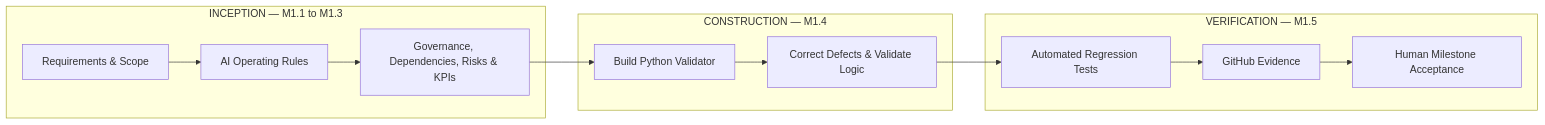
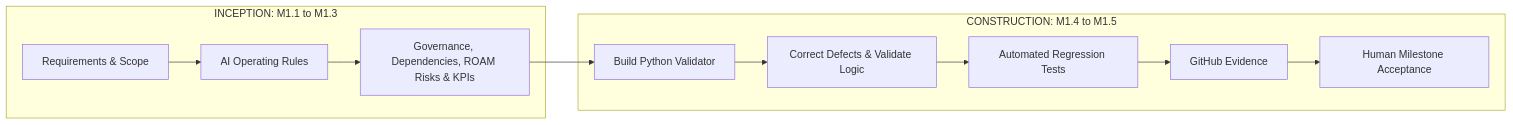
Before and after one commit to mdevi25/customerconnect-api: the third of 3 diagrams in README.md, drawn with Mermaid. The commit also changed other lines of this file, not shown here.

````diff
--- a/README.md
+++ b/README.md
@@ -113,25 +127,20 @@
 ```mermaid
 flowchart LR
-    subgraph I["INCEPTION — M1.1 to M1.3"]
+    subgraph I["INCEPTION: M1.1 to M1.3"]
         A["Requirements & Scope"]
         B["AI Operating Rules"]
-        C["Governance, Dependencies, Risks & KPIs"]
+        C["Governance, Dependencies, ROAM Risks & KPIs"]
         A --> B --> C
     end
 
-    subgraph D["CONSTRUCTION — M1.4"]
+    subgraph D["CONSTRUCTION: M1.4 to M1.5"]
         E["Build Python Validator"]
         F["Correct Defects & Validate Logic"]
-        E --> F
-    end
-
-    subgraph V["VERIFICATION — M1.5"]
         G["Automated Regression Tests"]
         H["GitHub Evidence"]
         J["Human Milestone Acceptance"]
-        G --> H --> J
+        E --> F --> G --> H --> J
     end
 
     C --> E
-    F --> G
 ```
````
